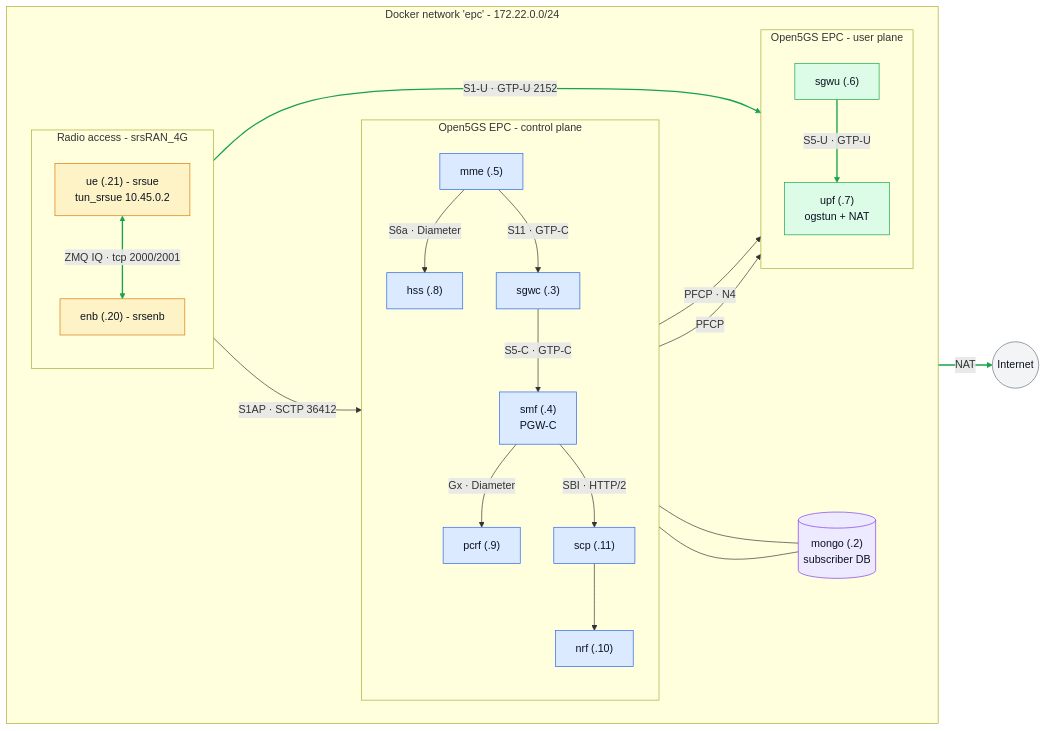
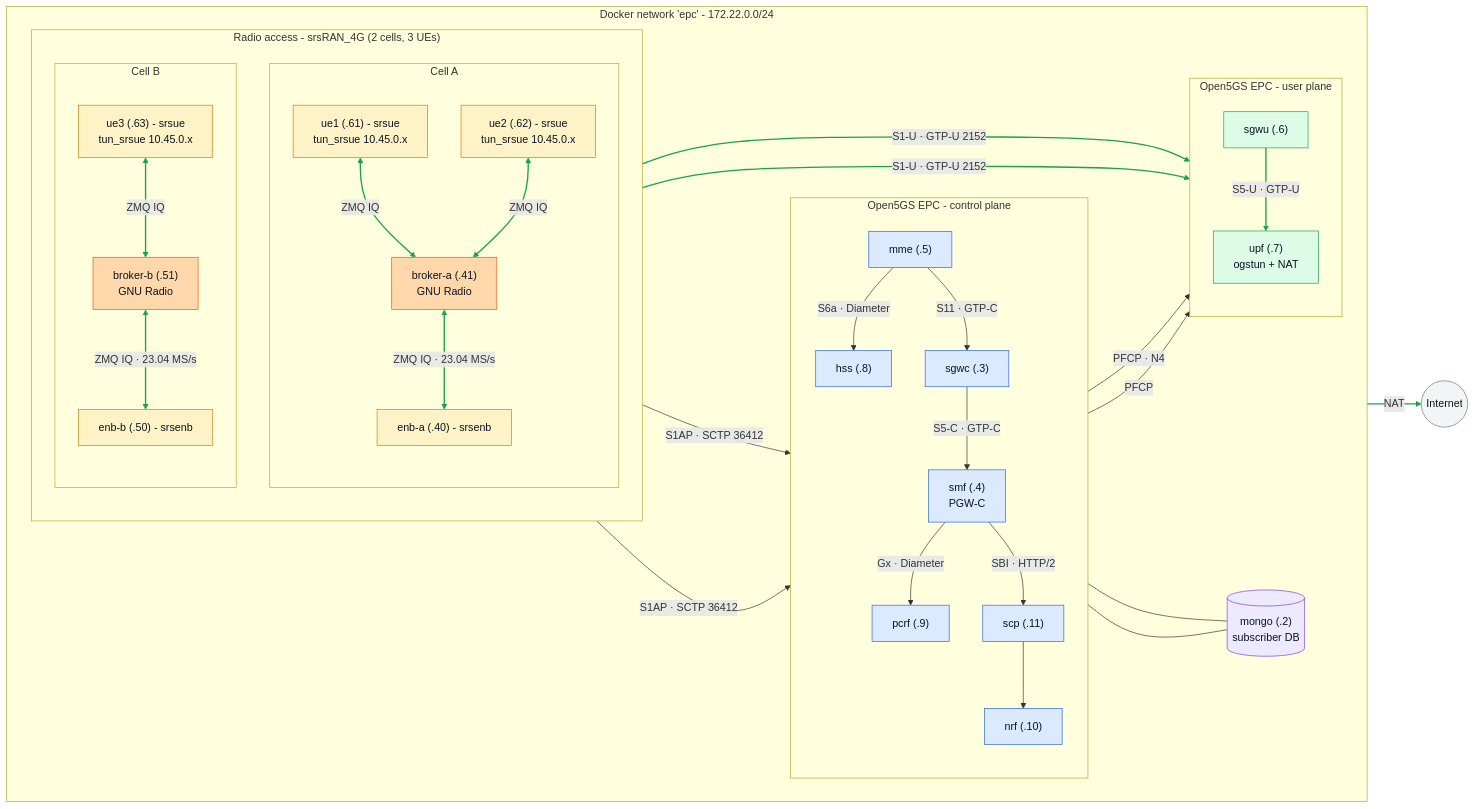
The diagram in docs/4G.md (Tonemon/telecom-poc), drawn with Mermaid before and after one commit. The commit also changed other lines of this file, not shown here.

Commit message:
fix(multi): mermaid flowchart in docs/4G.md

````diff
--- a/docs/4G.md
+++ b/docs/4G.md
@@ -28,10 +28,21 @@
     subgraph docker["Docker network 'epc' - 172.22.0.0/24"]
         direction LR
 
-        subgraph ran["Radio access - srsRAN_4G"]
+        subgraph ran["Radio access - srsRAN_4G (2 cells, 3 UEs)"]
             direction TB
-            ue["ue (.21) - srsue<br/>tun_srsue 10.45.0.2"]
-            enb["enb (.20) - srsenb"]
+            subgraph cellA["Cell A"]
+                direction TB
+                ue1["ue1 (.61) - srsue<br/>tun_srsue 10.45.0.x"]
+                ue2["ue2 (.62) - srsue<br/>tun_srsue 10.45.0.x"]
+                brokerA["broker-a (.41)<br/>GNU Radio"]
+                enbA["enb-a (.40) - srsenb"]
+            end
+            subgraph cellB["Cell B"]
+                direction TB
+                ue3["ue3 (.63) - srsue<br/>tun_srsue 10.45.0.x"]
+                brokerB["broker-b (.51)<br/>GNU Radio"]
+                enbB["enb-b (.50) - srsenb"]
+            end
         end
 
         subgraph cp["Open5GS EPC - control plane"]
@@ -56,9 +67,16 @@
 
     inet(("Internet"))
 
-    ue <-->|"ZMQ IQ · tcp 2000/2001"| enb
-    enb -->|"S1AP · SCTP 36412"| mme
-    enb -->|"S1-U · GTP-U 2152"| sgwu
+    ue1 <-->|"ZMQ IQ"| brokerA
+    ue2 <-->|"ZMQ IQ"| brokerA
+    brokerA <-->|"ZMQ IQ · 23.04 MS/s"| enbA
+    ue3 <-->|"ZMQ IQ"| brokerB
+    brokerB <-->|"ZMQ IQ · 23.04 MS/s"| enbB
+
+    enbA -->|"S1AP · SCTP 36412"| mme
+    enbA -->|"S1-U · GTP-U 2152"| sgwu
+    enbB -->|"S1AP · SCTP 36412"| mme
+    enbB -->|"S1-U · GTP-U 2152"| sgwu
 
     mme -->|"S6a · Diameter"| hss
     mme -->|"S11 · GTP-C"| sgwc
@@ -78,14 +96,16 @@
     classDef cpNode fill:#dbeafe,stroke:#2563eb,color:#0b1220
     classDef upNode fill:#dcfce7,stroke:#16a34a,color:#0b1220
     classDef ranNode fill:#fef3c7,stroke:#d97706,color:#0b1220
+    classDef brokerNode fill:#fed7aa,stroke:#ea580c,color:#0b1220
     classDef dbNode fill:#ede9fe,stroke:#7c3aed,color:#0b1220
     classDef extNode fill:#f3f4f6,stroke:#6b7280,color:#0b1220
 
     class mme,sgwc,smf,hss,pcrf,scp,nrf cpNode
     class sgwu,upf upNode
-    class ue,enb ranNode
+    class ue1,ue2,ue3,enbA,enbB ranNode
+    class brokerA,brokerB brokerNode
     class mongo dbNode
     class inet extNode
 
-    linkStyle 0,2,13,14 stroke:#16a34a,stroke-width:2px
+    linkStyle 0,1,2,3,4,6,8,19,20 stroke:#16a34a,stroke-width:2px
 ```
````
